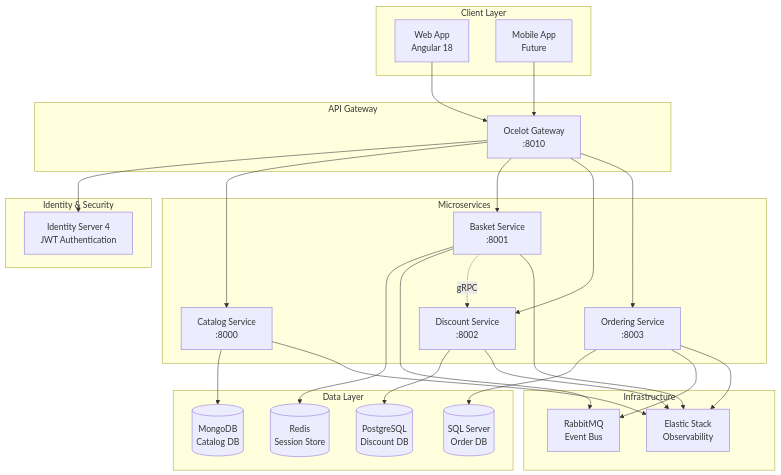
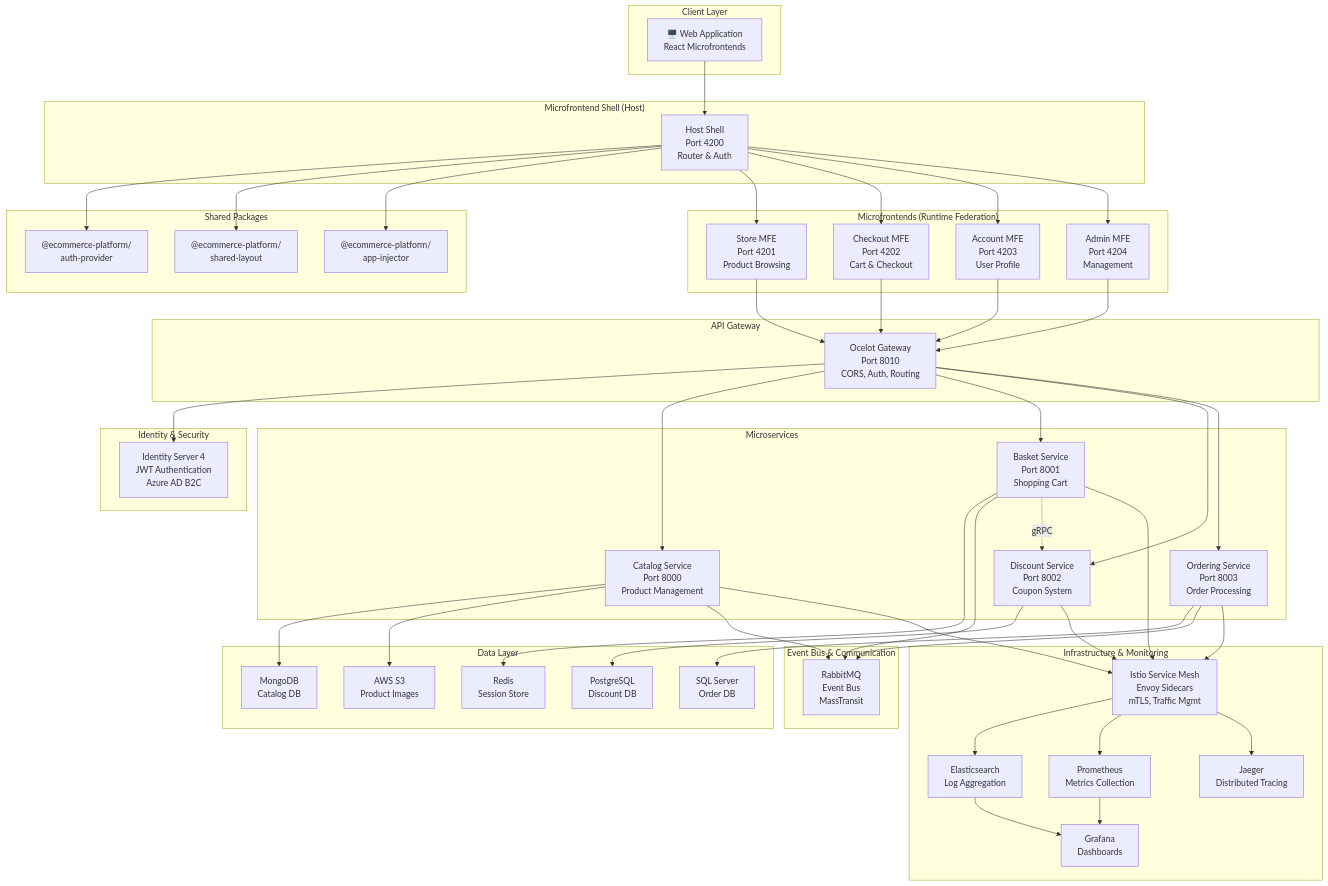
Before and after one commit to vahidForughi/my-agent-team: the first of 4 diagrams in README.md, drawn with Mermaid. The commit also changed other lines of this file, not shown here.

````diff
--- a/README.md
+++ b/README.md
@@ -25,56 +28,101 @@
 ```mermaid
 graph TB
     subgraph "Client Layer"
-        Web[Web App<br/>Angular 18]
-        Mobile[Mobile App<br/>Future]
+        Web["🖥️ Web Application<br/>React Microfrontends"]
     end
-    
+
+    subgraph "Microfrontend Shell (Host)"
+        Host["Host Shell<br/>Port 4200<br/>Router & Auth"]
+    end
+
+    subgraph "Microfrontends (Runtime Federation)"
+        Store["Store MFE<br/>Port 4201<br/>Product Browsing"]
+        Checkout["Checkout MFE<br/>Port 4202<br/>Cart & Checkout"]
+        Account["Account MFE<br/>Port 4203<br/>User Profile"]
+        Admin["Admin MFE<br/>Port 4204<br/>Management"]
+    end
+
+    subgraph "Shared Packages"
+        Auth["@ecommerce-platform/<br/>auth-provider"]
+        Layout["@ecommerce-platform/<br/>shared-layout"]
+        Injector["@ecommerce-platform/<br/>app-injector"]
+    end
+
     subgraph "API Gateway"
-        Gateway[Ocelot Gateway<br/>:8010]
+        Gateway["Ocelot Gateway<br/>Port 8010<br/>CORS, Auth, Routing"]
     end
-    
+
     subgraph "Identity & Security"
-        Auth[Identity Server 4<br/>JWT Authentication]
+        AuthServer["Identity Server 4<br/>JWT Authentication<br/>Azure AD B2C"]
     end
-    
+
     subgraph "Microservices"
-        Catalog[Catalog Service<br/>:8000]
-        Basket[Basket Service<br/>:8001]
-        Discount[Discount Service<br/>:8002]  
-        Ordering[Ordering Service<br/>:8003]
+        Catalog["Catalog Service<br/>Port 8000<br/>Product Management"]
+        Basket["Basket Service<br/>Port 8001<br/>Shopping Cart"]
+        Discount["Discount Service<br/>Port 8002<br/>Coupon System"]
+        Ordering["Ordering Service<br/>Port 8003<br/>Order Processing"]
     end
-    
+
     subgraph "Data Layer"
-        CatalogDB[(MongoDB<br/>Catalog DB)]
-        BasketDB[(Redis<br/>Session Store)]
-        DiscountDB[(PostgreSQL<br/>Discount DB)]
-        OrderDB[(SQL Server<br/>Order DB)]
+        CatalogDB["MongoDB<br/>Catalog DB"]
+        BasketDB["Redis<br/>Session Store"]
+        DiscountDB["PostgreSQL<br/>Discount DB"]
+        OrderDB["SQL Server<br/>Order DB"]
+        S3["AWS S3<br/>Product Images"]
     end
-    
-    subgraph "Infrastructure"
-        MessageBus[RabbitMQ<br/>Event Bus]
-        Monitoring[Elastic Stack<br/>Observability]
+
+    subgraph "Event Bus & Communication"
+        MessageBus["RabbitMQ<br/>Event Bus<br/>MassTransit"]
     end
-    
-    Web --> Gateway
-    Mobile --> Gateway
-    Gateway --> Auth
+
+    subgraph "Infrastructure & Monitoring"
+        ServiceMesh["Istio Service Mesh<br/>Envoy Sidecars<br/>mTLS, Traffic Mgmt"]
+        Logs["Elasticsearch<br/>Log Aggregation"]
+        Metrics["Prometheus<br/>Metrics Collection"]
+        Dashboard["Grafana<br/>Dashboards"]
+        Tracing["Jaeger<br/>Distributed Tracing"]
+    end
+
+    Web --> Host
+    Host --> Auth
+    Host --> Layout
+    Host --> Injector
+    Host --> Store
+    Host --> Checkout
+    Host --> Account
+    Host --> Admin
+
+    Store --> Gateway
+    Checkout --> Gateway
+    Account --> Gateway
+    Admin --> Gateway
+
+    Gateway --> AuthServer
     Gateway --> Catalog
     Gateway --> Basket
     Gateway --> Discount
     Gateway --> Ordering
-    
+
     Catalog --> CatalogDB
+    Catalog --> S3
     Basket --> BasketDB
     Discount --> DiscountDB
     Ordering --> OrderDB
-    
+
     Basket --> MessageBus
     Ordering --> MessageBus
+    Catalog --> MessageBus
+
     Basket -.->|gRPC| Discount
-    
-    Catalog --> Monitoring
-    Basket --> Monitoring
-    Discount --> Monitoring
-    Ordering --> Monitoring
+
+    Catalog --> ServiceMesh
+    Basket --> ServiceMesh
+    Discount --> ServiceMesh
+    Ordering --> ServiceMesh
+
+    ServiceMesh --> Logs
+    ServiceMesh --> Metrics
+    Logs --> Dashboard
+    Metrics --> Dashboard
+    ServiceMesh --> Tracing
 ```
````
